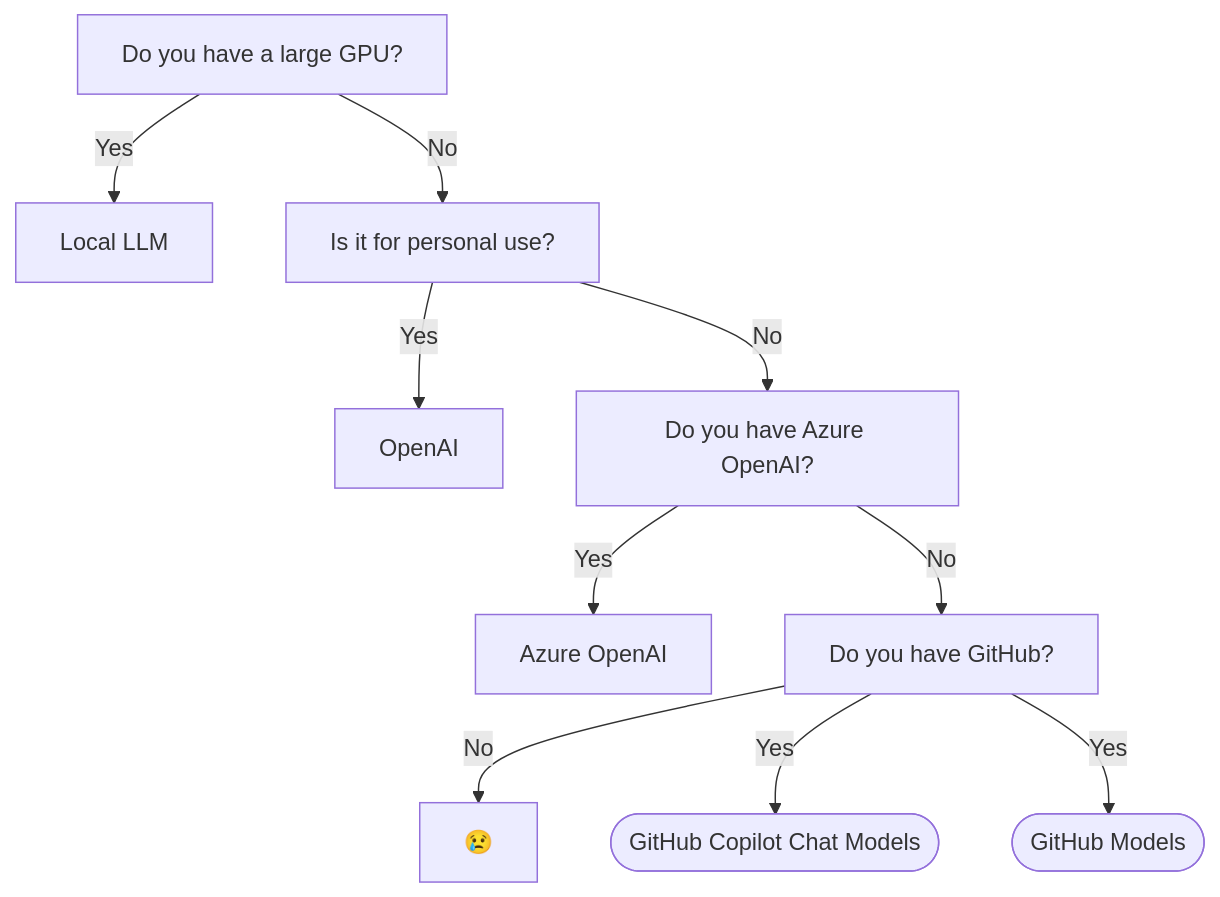
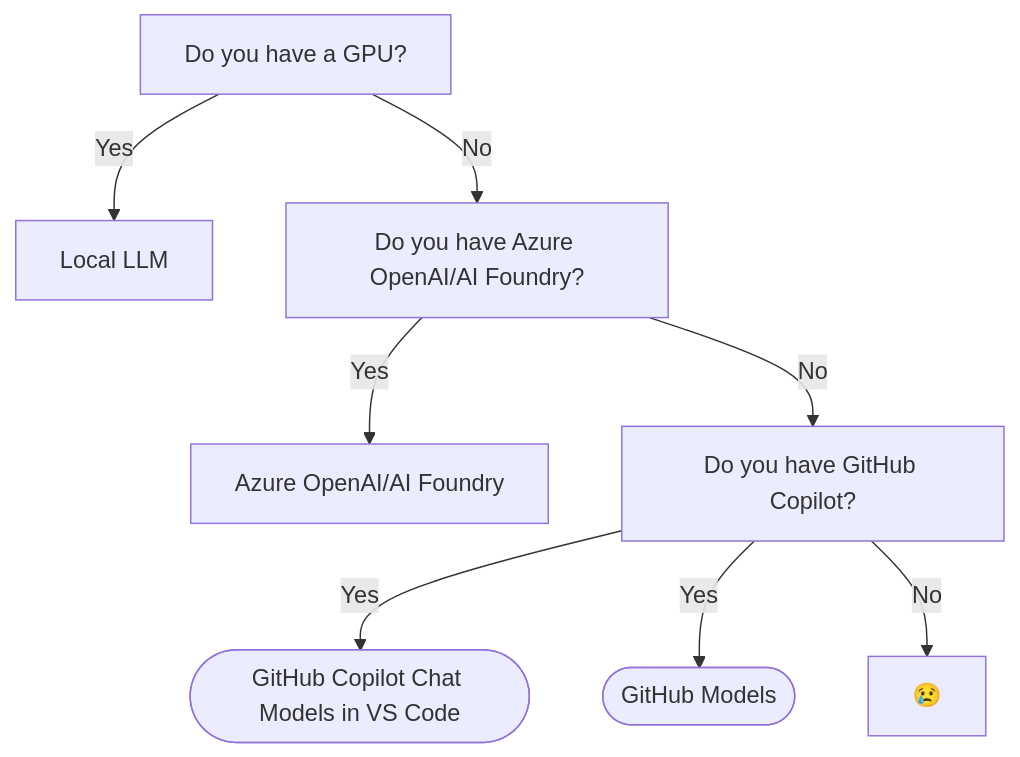
The diagram in slides/pages/tokens.md (microsoft/genaiscript), drawn with Mermaid before and after one commit. The commit also changed 5 other files, not shown here.

````diff
--- a/slides/pages/tokens.md
+++ b/slides/pages/tokens.md
@@ -3,12 +3,10 @@
 ```mermaid {scale: 0.8}
 flowchart TD
-    A[Do you have a large GPU?] -->|Yes| B[Local LLM]
-    A -->|No| C[Is it for personal use?]
-    C -->|Yes| D[OpenAI]
-    C -->|No| E[Do you have Azure OpenAI?]
-    E -->|Yes| F[Azure OpenAI]
-    E -->|No| G[Do you have GitHub?]
+    A[Do you have a GPU?] -->|Yes| B[Local LLM]
+    A -->|No| E[Do you have Azure OpenAI/AI Foundry?]
+    E -->|Yes| F[Azure OpenAI/AI Foundry]
+    E -->|No| G[Do you have GitHub Copilot?]
+    G -->|Yes| I([GitHub Copilot Chat Models in VS Code])
+    G -->|Yes| H([GitHub Models])
     G -->|No| K[😢]
-    G -->|Yes| I([GitHub Copilot Chat Models])
-    G -->|Yes| H([GitHub Models])
 ```
````
